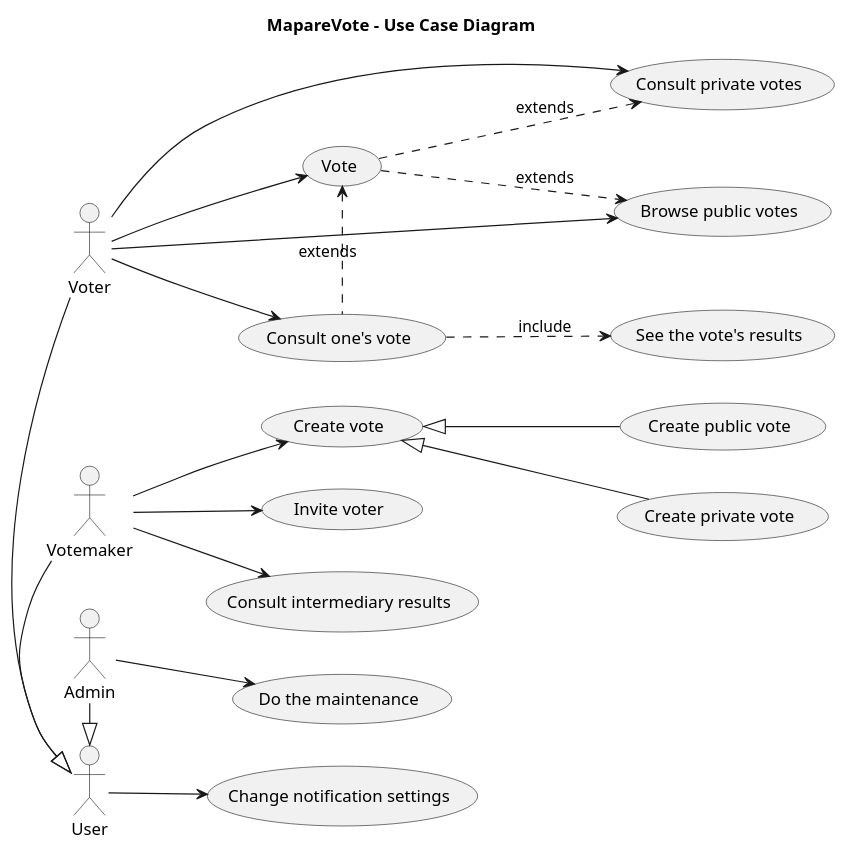
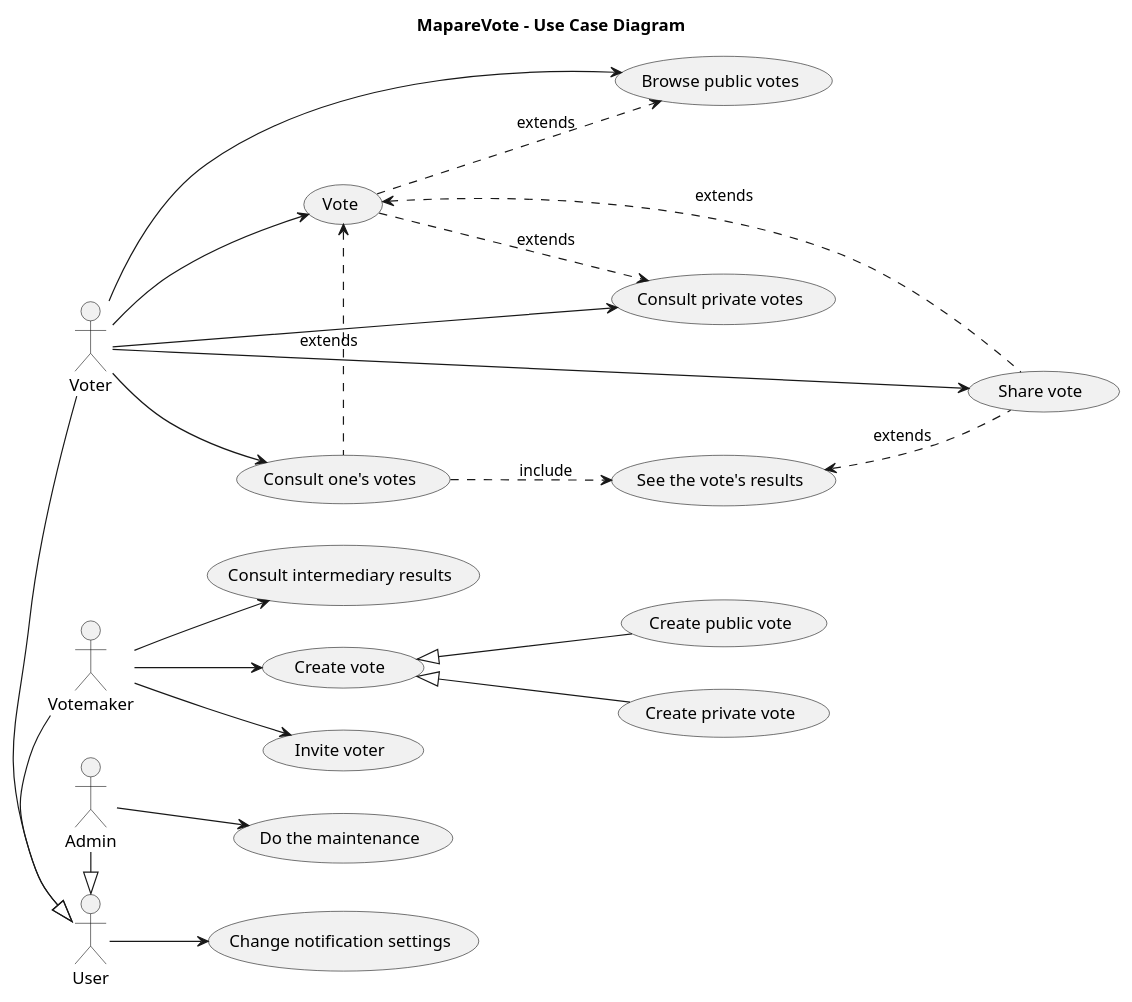
Before and after one commit to dptinfoutln/MapareVote: the diagram in UML/MapareVoteUC.iuml, drawn with PlantUML. The commit also changed 1 other file, not shown here.

Commit message:
Changes UC diagram

```diff
--- a/UML/MapareVoteUC.iuml
+++ b/UML/MapareVoteUC.iuml
@@ -1,41 +1,47 @@
 @startuml
 
 left to right direction
 
 title  MapareVote - Use Case Diagram 
 
 :Voter: -|> :User:
 :Votemaker: -|> :User:
 :Admin: -|> :User:
 
 :Voter: --> (Vote)
 
 :Votemaker: --> (Create vote)
 
 (Create vote) <|-- (Create private vote)
 
 (Create vote) <|-- (Create public vote)
 
 :Votemaker: --> (Invite voter)
 
 :Votemaker: --> (Consult intermediary results)
 
 :Admin: --> (Do the maintenance)
 
-(Vote) <. (Consult one's vote): extends
+(Vote) <. (Consult one's votes): extends
 
-:Voter: --> (Consult one's vote)
+:Voter: --> (Consult one's votes)
 
-(Consult one's vote) ..> (See the vote's results): include
+(Consult one's votes) ..> (See the vote's results): include
 
 Voter --> (Browse public votes)
 
 (Vote) ..> (Browse public votes): extends
 
 :User: --> (Change notification settings)
 
 :Voter: --> (Consult private votes)
 
 (Vote) ..> (Consult private votes): extends
 
+:Voter: ---> (Share vote)
+
+(Vote) <.. (Share vote): extends
+
+(See the vote's results) <.. (Share vote): extends
+
 @enduml
```
